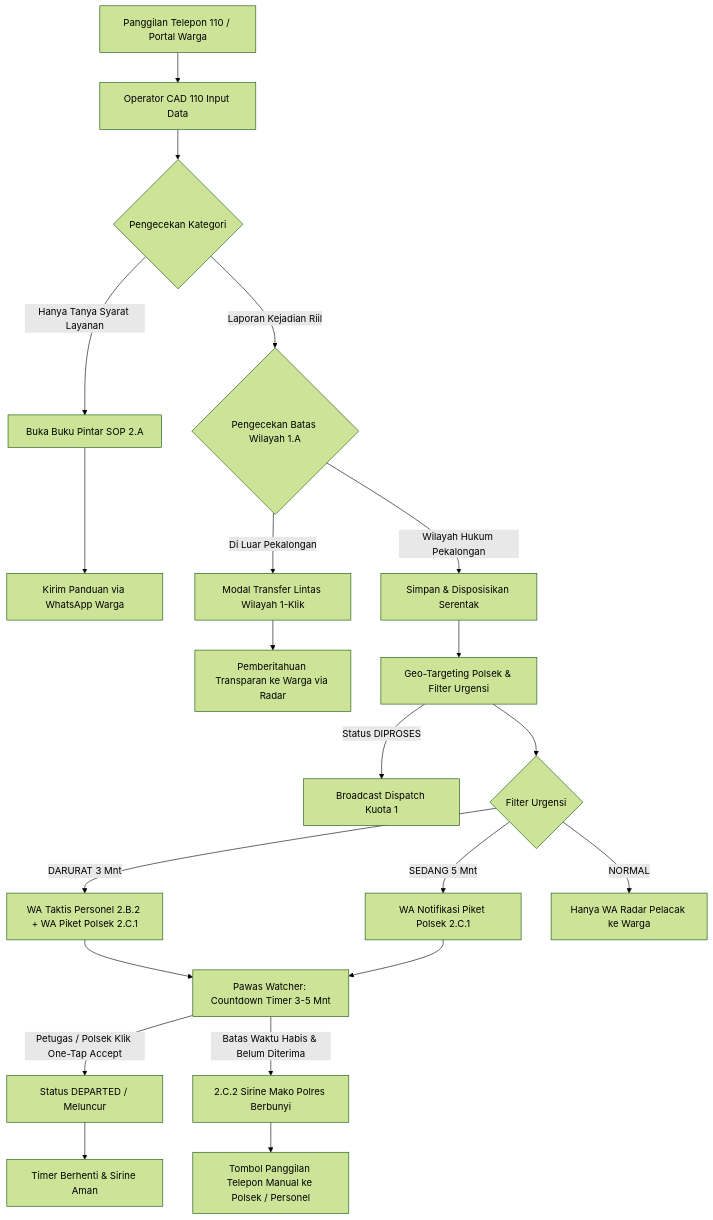
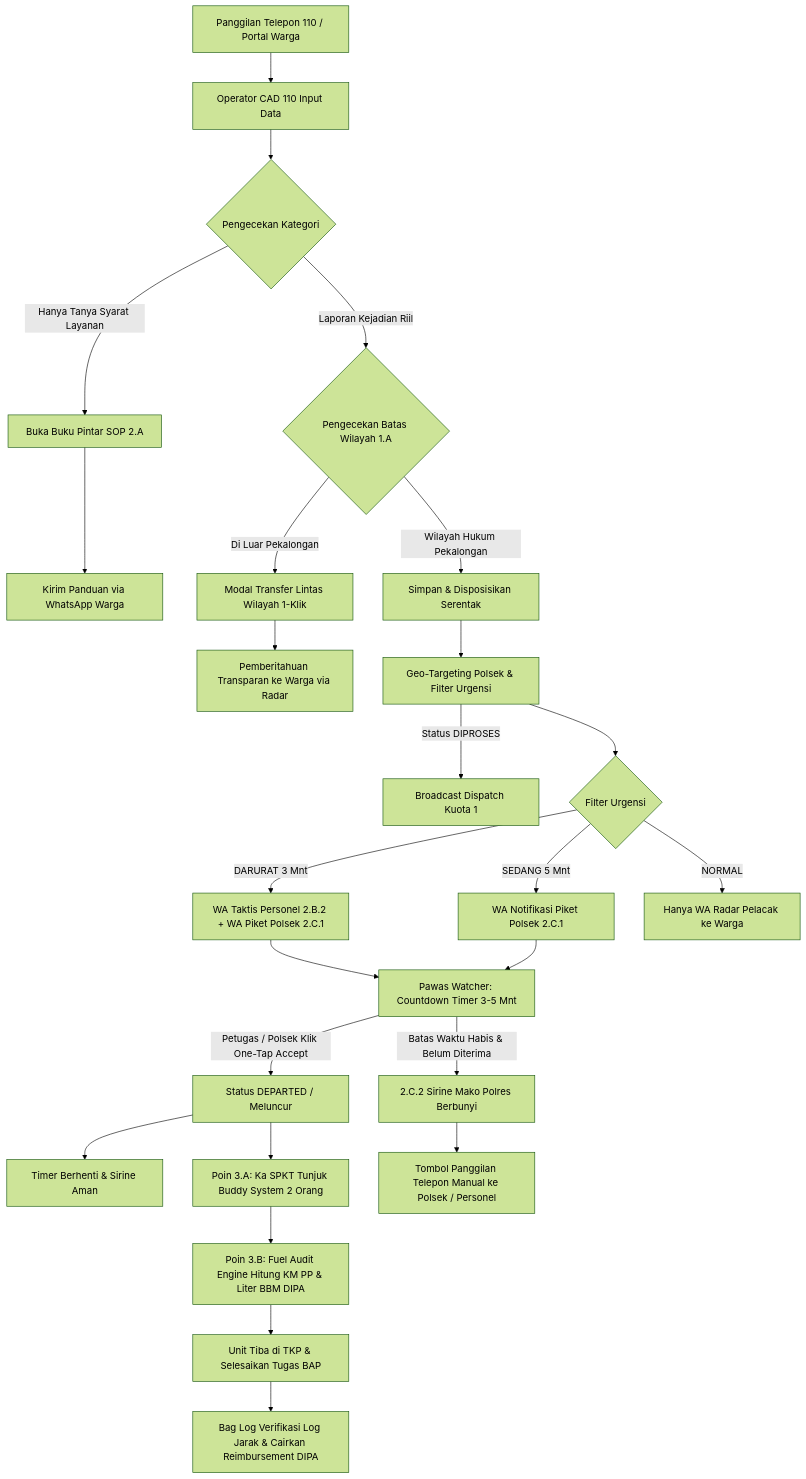
The diagram in dokumen_teknis_dan_user_manual_1A_2C.md (echoTech187/SIMAPRES), drawn with Mermaid (forest theme) before and after one commit. The commit also changed other lines of this file and 14 other files, not shown here.

Commit message:
feat: implement 3.A & 3.B database-driven fuel audit, crew assignment, and logistik console

````diff
--- a/dokumen_teknis_dan_user_manual_1A_2C.md
+++ b/dokumen_teknis_dan_user_manual_1A_2C.md
@@ -70,30 +78,35 @@
 ```mermaid
 graph TD
     A[Panggilan Telepon 110 / Portal Warga] --> B[Operator CAD 110 Input Data]
     B --> C{Pengecekan Kategori}
     C -->|Hanya Tanya Syarat Layanan| D[Buka Buku Pintar SOP 2.A]
     D --> E[Kirim Panduan via WhatsApp Warga]
     C -->|Laporan Kejadian Riil| F{Pengecekan Batas Wilayah 1.A}
     
     F -->|Di Luar Pekalongan| G[Modal Transfer Lintas Wilayah 1-Klik]
     G --> H[Pemberitahuan Transparan ke Warga via Radar]
     
     F -->|Wilayah Hukum Pekalongan| I[Simpan & Disposisikan Serentak]
     I --> J[Geo-Targeting Polsek & Filter Urgensi]
     
     J -->|Status DIPROSES| K[Broadcast Dispatch Kuota 1]
     
     J --> L{Filter Urgensi}
     L -->|DARURAT 3 Mnt| M1[WA Taktis Personel 2.B.2 + WA Piket Polsek 2.C.1]
     L -->|SEDANG 5 Mnt| M2[WA Notifikasi Piket Polsek 2.C.1]
     L -->|NORMAL| M3[Hanya WA Radar Pelacak ke Warga]
     
     M1 --> N[Pawas Watcher: Countdown Timer 3-5 Mnt]
     M2 --> N
     
     N -->|Petugas / Polsek Klik One-Tap Accept| O[Status DEPARTED / Meluncur]
     O --> P[Timer Berhenti & Sirine Aman]
     
     N -->|Batas Waktu Habis & Belum Diterima| Q[2.C.2 Sirine Mako Polres Berbunyi]
     Q --> R[Tombol Panggilan Telepon Manual ke Polsek / Personel]
+
+    O --> S[Poin 3.A: Ka SPKT Tunjuk Buddy System 2 Orang]
+    S --> T[Poin 3.B: Fuel Audit Engine Hitung KM PP & Liter BBM DIPA]
+    T --> U[Unit Tiba di TKP & Selesaikan Tugas BAP]
+    U --> V[Bag Log Verifikasi Log Jarak & Cairkan Reimbursement DIPA]
 ```
````
